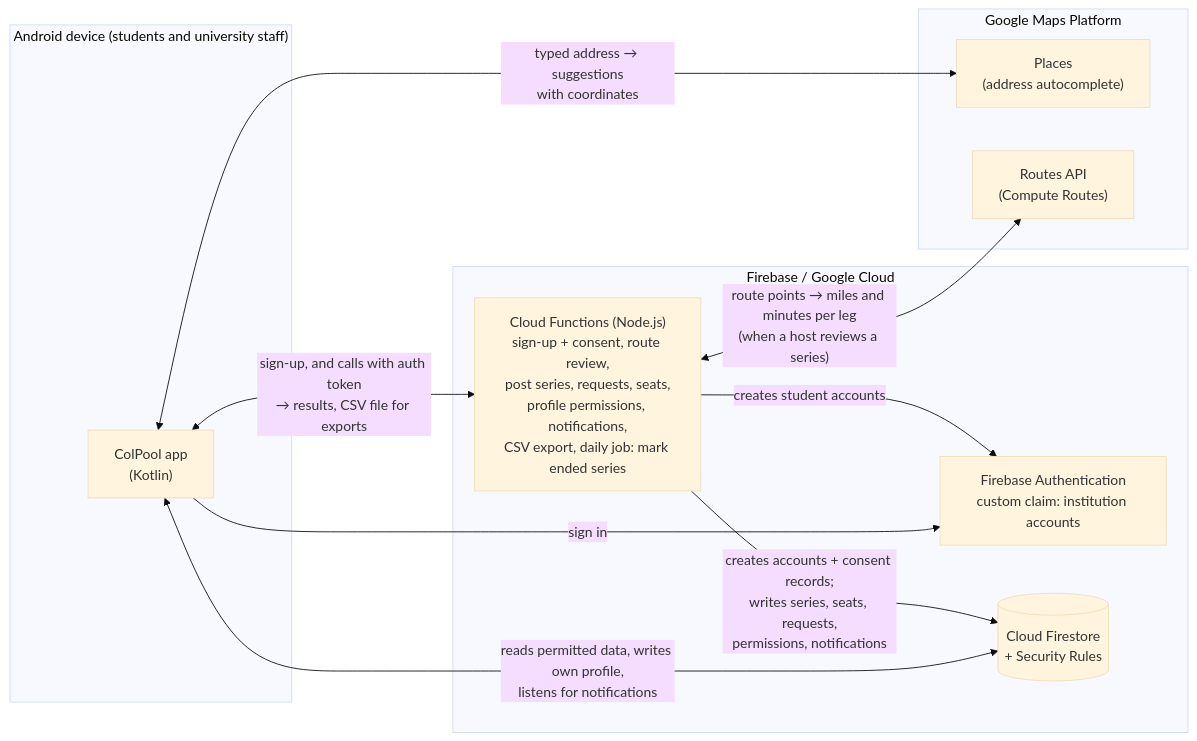
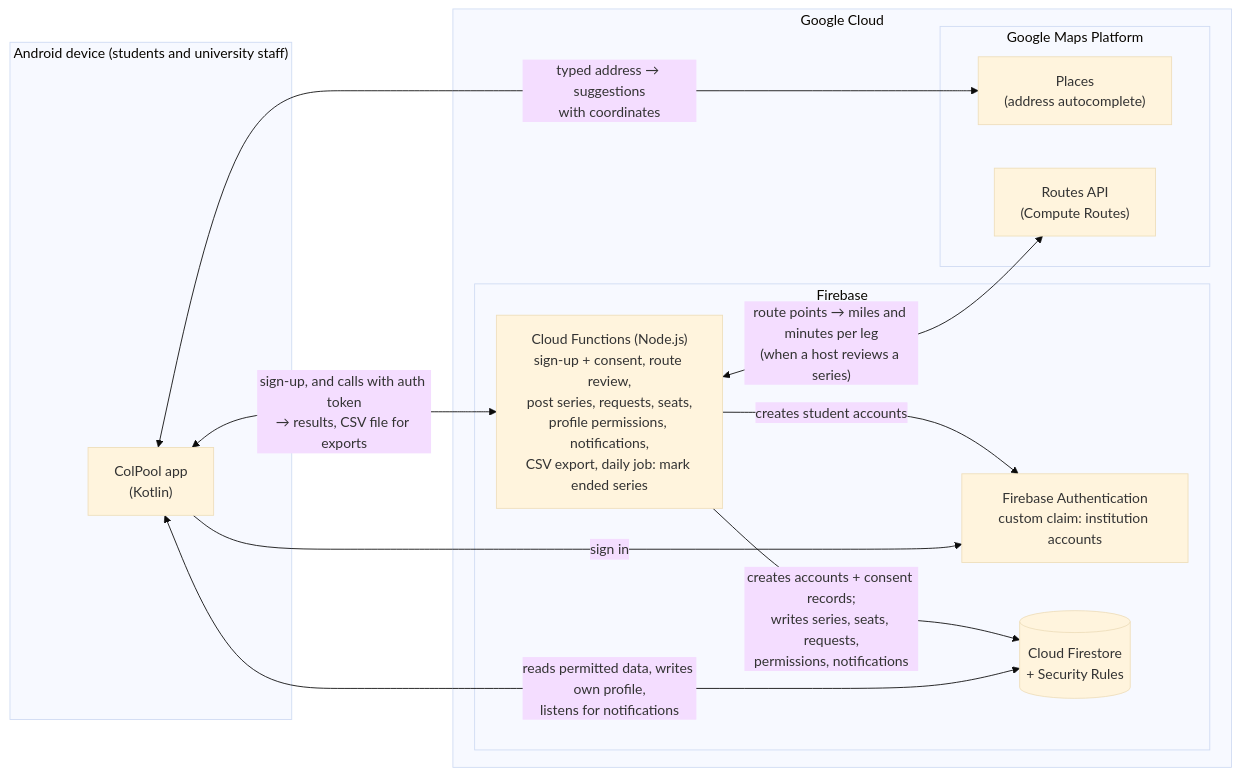
The first of 2 diagrams in SPEC.md (EthanScottWalden/ColPool), drawn with Mermaid (base theme) before and after one commit.

Commit message:
SPEC Figure 1: put Firebase and Maps Platform inside one Google Cloud box

````diff
--- a/SPEC.md
+++ b/SPEC.md
@@ -375,25 +375,27 @@
 ```mermaid
 flowchart LR
   subgraph Device["Android device (students and university staff)"]
     App["ColPool app<br/>(Kotlin)"]
   end
 
-  subgraph Firebase["Firebase / Google Cloud"]
-    Auth["Firebase Authentication<br/>custom claim: institution accounts"]
-    Fn["Cloud Functions (Node.js)<br/>sign-up + consent, route review,<br/>post series, requests, seats,<br/>profile permissions, notifications,<br/>CSV export, daily job: mark ended series"]
-    DB[("Cloud Firestore<br/>+ Security Rules")]
-  end
+  subgraph GCP["Google Cloud"]
+    subgraph Firebase["Firebase"]
+      Auth["Firebase Authentication<br/>custom claim: institution accounts"]
+      Fn["Cloud Functions (Node.js)<br/>sign-up + consent, route review,<br/>post series, requests, seats,<br/>profile permissions, notifications,<br/>CSV export, daily job: mark ended series"]
+      DB[("Cloud Firestore<br/>+ Security Rules")]
+    end
 
-  subgraph Maps["Google Maps Platform"]
-    Places["Places<br/>(address autocomplete)"]
-    Routes["Routes API<br/>(Compute Routes)"]
+    subgraph Maps["Google Maps Platform"]
+      Places["Places<br/>(address autocomplete)"]
+      Routes["Routes API<br/>(Compute Routes)"]
+    end
   end
 
   App <-->|"typed address → suggestions<br/>with coordinates"| Places
   App -->|"sign in"| Auth
   App <-->|"sign-up, and calls with auth token<br/>→ results, CSV file for exports"| Fn
   App <-->|"reads permitted data, writes own profile,<br/>listens for notifications"| DB
   Fn <-->|"route points → miles and minutes per leg<br/>(when a host reviews a series)"| Routes
   Fn -->|"creates accounts + consent records;<br/>writes series, seats, requests,<br/>permissions, notifications"| DB
   Fn -->|"creates student accounts"| Auth
 ```
````
